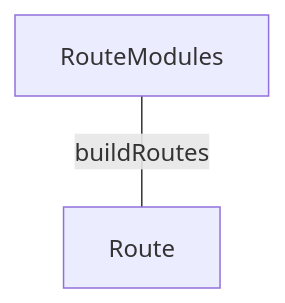
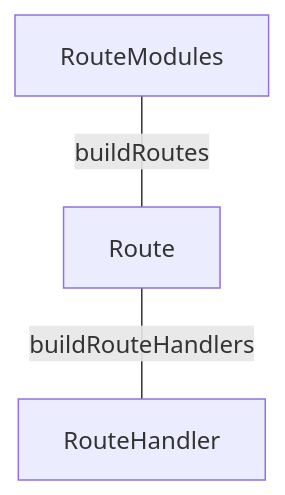
Before and after one commit to eu-ge-ne/enrouter: the diagram in libs/enrouter/README.md, drawn with Mermaid. The commit also changed 7 other files, not shown here.

Commit message:
feat: buildRouteHandlers (#18)

````diff
--- a/libs/enrouter/README.md
+++ b/libs/enrouter/README.md
@@ -3,7 +3,9 @@
 ```mermaid
 graph TD;
   RM[RouteModules];
   R[Route];
+  RH[RouteHandler];
 
   RM---|buildRoutes|R;
+  R---|buildRouteHandlers|RH;
 ```
````
